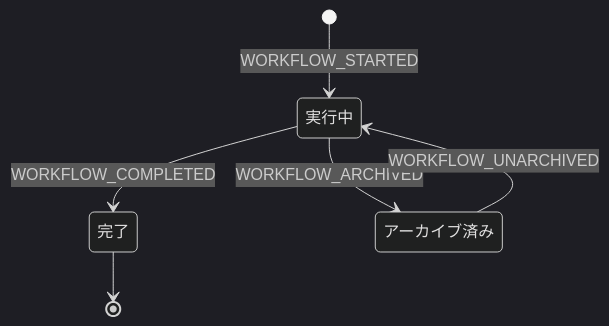
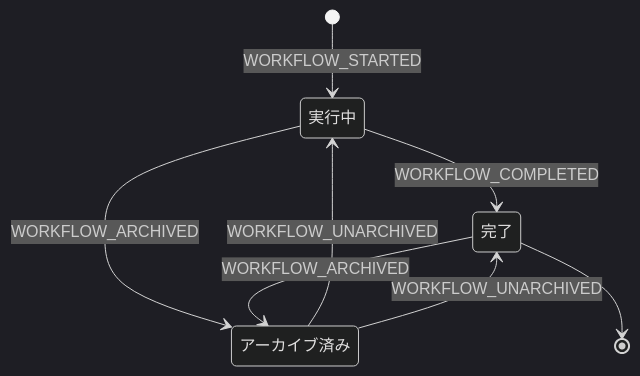
The first of 3 diagrams in docs/reference/ja/12-state-machine.md (otomatty/aidlc-guide), drawn with Mermaid (dark theme) before and after one commit. The commit also changed other lines of this file and 832 other files, not shown here.

````diff
--- a/docs/reference/ja/12-state-machine.md
+++ b/docs/reference/ja/12-state-machine.md
@@ -56,8 +53,10 @@
 ```mermaid
 stateDiagram-v2
     [*] --> 実行中 : WORKFLOW_STARTED
     実行中 --> 完了 : WORKFLOW_COMPLETED
     実行中 --> アーカイブ済み : WORKFLOW_ARCHIVED
     アーカイブ済み --> 実行中 : WORKFLOW_UNARCHIVED
+    完了 --> アーカイブ済み : WORKFLOW_ARCHIVED
+    アーカイブ済み --> 完了 : WORKFLOW_UNARCHIVED
     完了 --> [*]
 ```
````
